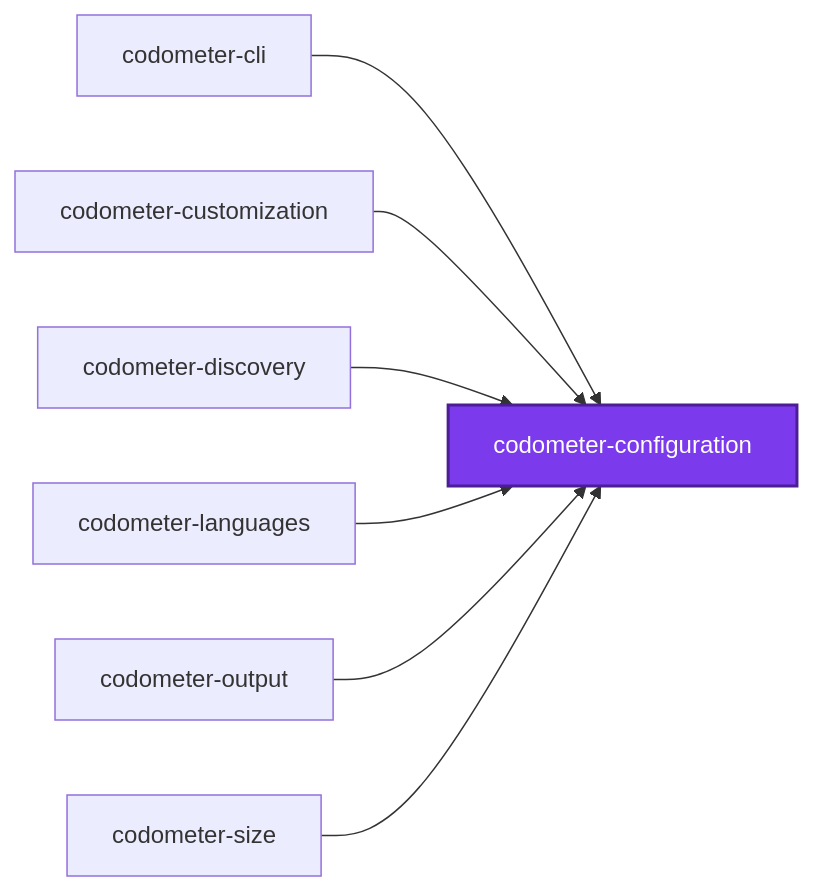
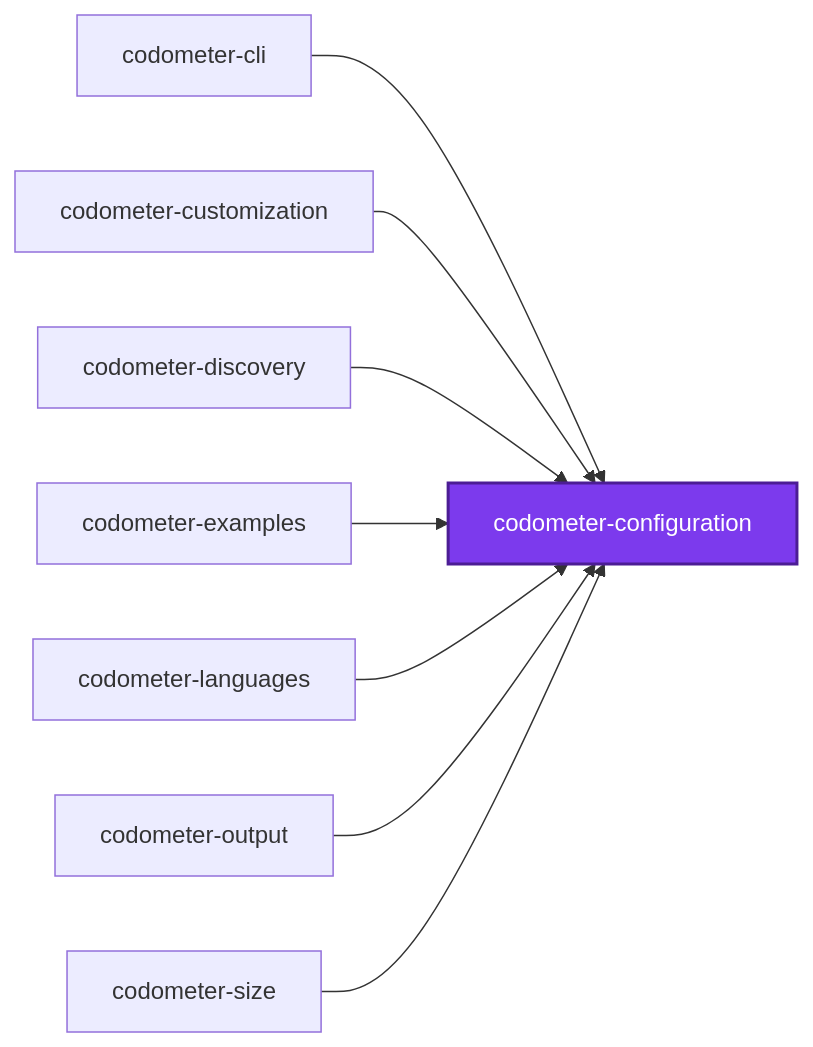
Before and after one commit to JimmyPaolini/codebase: the first of 3 diagrams in packages/codometer-configuration/README.md, drawn with Mermaid. The commit also changed 25 other files, not shown here.

````diff
--- a/packages/codometer-configuration/README.md
+++ b/packages/codometer-configuration/README.md
@@ -480,18 +480,20 @@
 ```mermaid
 graph LR
   codometer_cli["codometer-cli"]
   codometer_configuration["codometer-configuration"]
   codometer_customization["codometer-customization"]
   codometer_discovery["codometer-discovery"]
+  codometer_examples["codometer-examples"]
   codometer_languages["codometer-languages"]
   codometer_output["codometer-output"]
   codometer_size["codometer-size"]
   codometer_cli --> codometer_configuration
   codometer_customization --> codometer_configuration
   codometer_discovery --> codometer_configuration
+  codometer_examples --> codometer_configuration
   codometer_languages --> codometer_configuration
   codometer_output --> codometer_configuration
   codometer_size --> codometer_configuration
   classDef subject fill:#7c3aed,color:#fff,stroke:#4c1d95,stroke-width:2px
   class codometer_configuration subject
 ```
````
